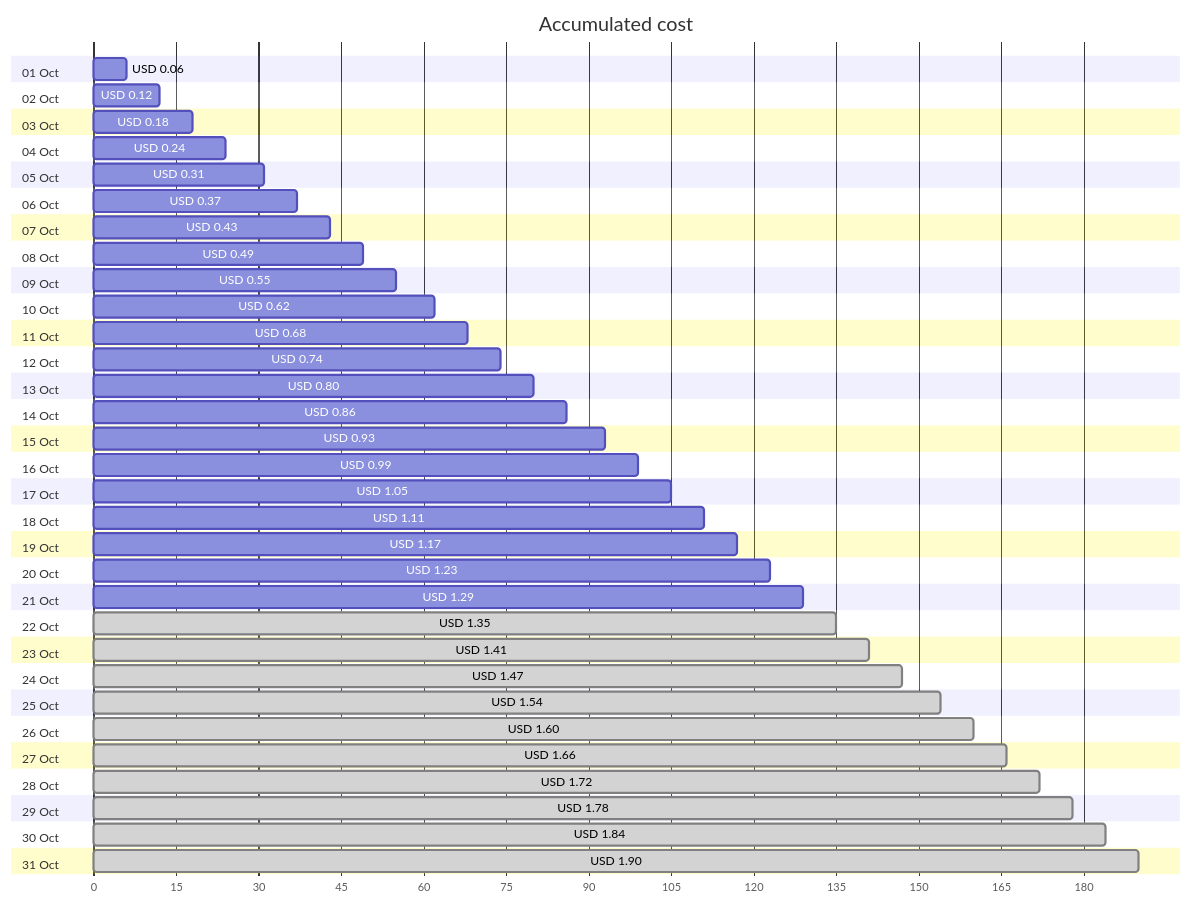
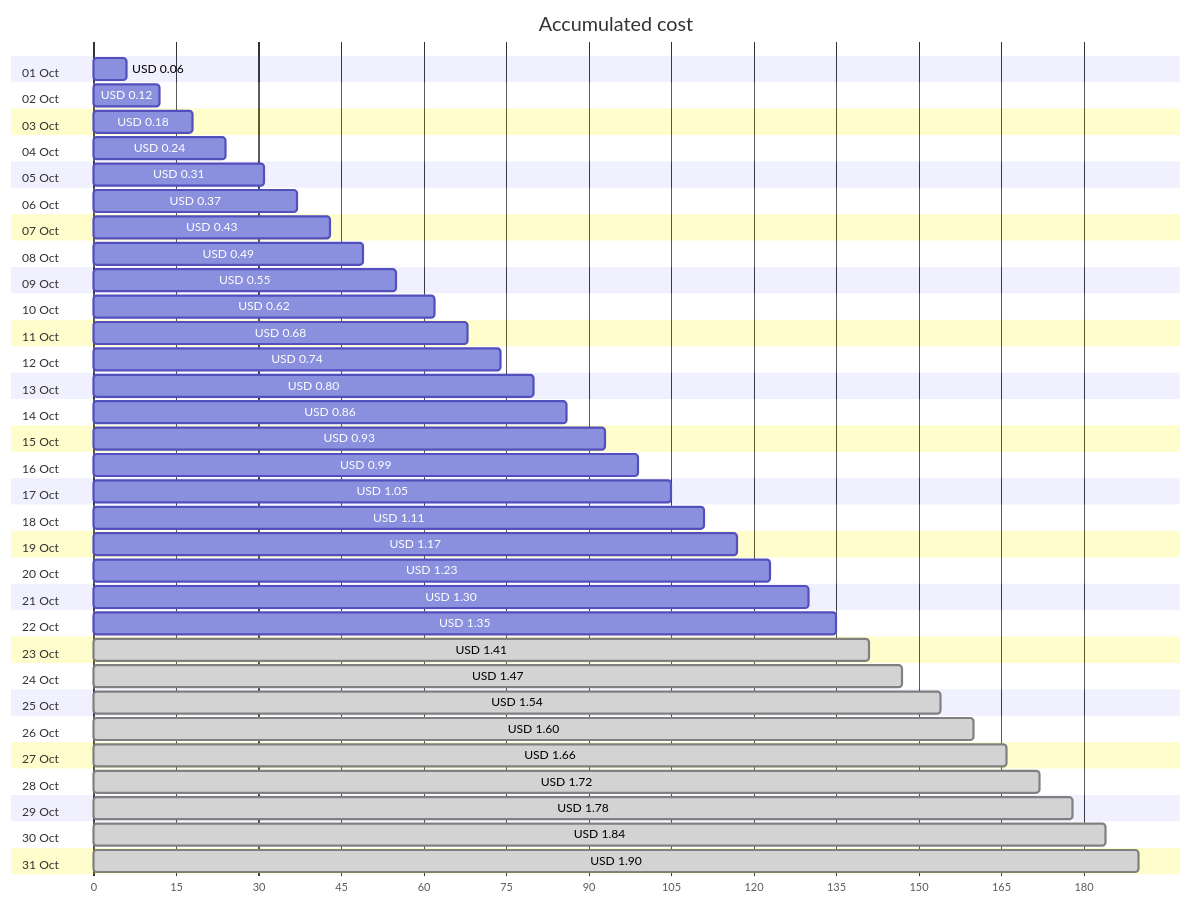
One commit to jpfulton/azure-personal-reports changed the first of 4 diagrams in cost-reports/personal-network/backup-server_OsDisk.md. Above: the diagram before and after it, drawn with Mermaid. The commit also changed other lines of this file and 8 other files, not shown here.

````diff
--- a/cost-reports/personal-network/backup-server_OsDisk.md
+++ b/cost-reports/personal-network/backup-server_OsDisk.md
@@ -20,68 +20,68 @@
 ```mermaid
 gantt
    title Accumulated cost
    dateFormat  X
    axisFormat %s
    section 01 Oct
    USD 0.06 :0, 6
    section 02 Oct
    USD 0.12 :0, 12
    section 03 Oct
    USD 0.18 :0, 18
    section 04 Oct
    USD 0.24 :0, 24
    section 05 Oct
    USD 0.31 :0, 31
    section 06 Oct
    USD 0.37 :0, 37
    section 07 Oct
    USD 0.43 :0, 43
    section 08 Oct
    USD 0.49 :0, 49
    section 09 Oct
    USD 0.55 :0, 55
    section 10 Oct
    USD 0.62 :0, 62
    section 11 Oct
    USD 0.68 :0, 68
    section 12 Oct
    USD 0.74 :0, 74
    section 13 Oct
    USD 0.80 :0, 80
    section 14 Oct
    USD 0.86 :0, 86
    section 15 Oct
    USD 0.93 :0, 93
    section 16 Oct
    USD 0.99 :0, 99
    section 17 Oct
    USD 1.05 :0, 105
    section 18 Oct
    USD 1.11 :0, 111
    section 19 Oct
    USD 1.17 :0, 117
    section 20 Oct
    USD 1.23 :0, 123
    section 21 Oct
-   USD 1.29 :0, 129
+   USD 1.30 :0, 130
    section 22 Oct
-   USD 1.35 : done, 0, 135
+   USD 1.35 :0, 135
    section 23 Oct
    USD 1.41 : done, 0, 141
    section 24 Oct
    USD 1.47 : done, 0, 147
    section 25 Oct
    USD 1.54 : done, 0, 154
    section 26 Oct
    USD 1.60 : done, 0, 160
    section 27 Oct
    USD 1.66 : done, 0, 166
    section 28 Oct
    USD 1.72 : done, 0, 172
    section 29 Oct
    USD 1.78 : done, 0, 178
    section 30 Oct
    USD 1.84 : done, 0, 184
    section 31 Oct
    USD 1.90 : done, 0, 190
 ```
````
